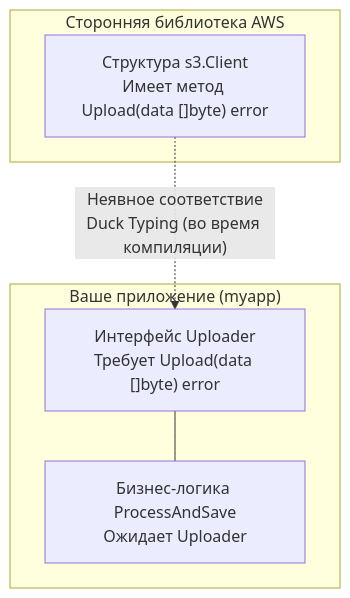
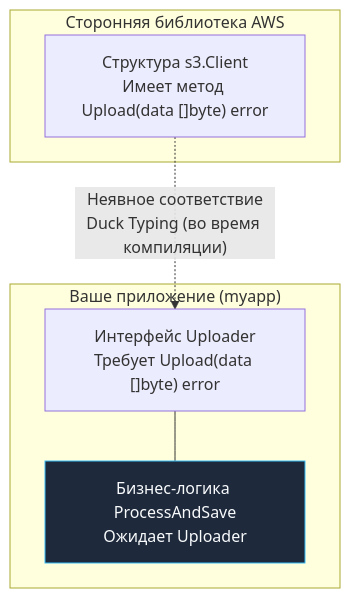
The first of 2 diagrams in sources/5. Учебник по Go (Основы и синтаксис)/23. Интерфейсы. Полиморфизм по-goшному.md (UnrealTemplier/go-textbook), drawn with Mermaid before and after one commit. The commit also changed other lines of this file and 1666 other files, not shown here.

First line of the commit message:
feat(mermaid): add semantic color classDef to 1369 colorless flowchart/graph diagrams

````diff
--- a/sources/5. Учебник по Go (Основы и синтаксис)/23. Интерфейсы. Полиморфизм по-goшному.md
+++ b/sources/5. Учебник по Go (Основы и синтаксис)/23. Интерфейсы. Полиморфизм по-goшному.md
@@ -36,14 +36,24 @@
 ```mermaid
 flowchart TD
+    classDef process  fill:#1e293b,stroke:#38bdf8,stroke-width:1px,color:#f8fafc
+    classDef success  fill:#064e3b,stroke:#34d399,stroke-width:1px,color:#f8fafc
+    classDef error    fill:#7f1d1d,stroke:#f87171,stroke-width:1px,color:#f8fafc
+    classDef warning  fill:#78350f,stroke:#fbbf24,stroke-width:1px,color:#f8fafc
+    classDef entry    fill:#1e3a5f,stroke:#38bdf8,stroke-width:2px,color:#f8fafc
+    classDef aux      fill:#334155,stroke:#64748b,stroke-width:1px,color:#f8fafc
+    classDef system   fill:#312e81,stroke:#a78bfa,stroke-width:1px,color:#f8fafc
+    classDef data     fill:#132d29,stroke:#2dd4bf,stroke-width:1px,color:#f8fafc
+    classDef network  fill:#881337,stroke:#fb7185,stroke-width:1px,color:#f8fafc
+    classDef accent   fill:#1e1b4b,stroke:#818cf8,stroke-width:1px,color:#f8fafc
     subgraph ThirdParty["Сторонняя библиотека AWS"]
         S3["Структура s3.Client<br/>Имеет метод Upload(data []byte) error"]
     end
 
     subgraph YourApp["Ваше приложение (myapp)"]
         IF["Интерфейс Uploader<br/>Требует Upload(data []byte) error"]
-        Logic["Бизнес-логика ProcessAndSave<br/>Ожидает Uploader"]
+        Logic["Бизнес-логика ProcessAndSave<br/>Ожидает Uploader"]:::process
     end
 
     S3 -.->|"Неявное соответствие<br/>Duck Typing (во время компиляции)"| IF
     IF --- Logic
 ```
````
